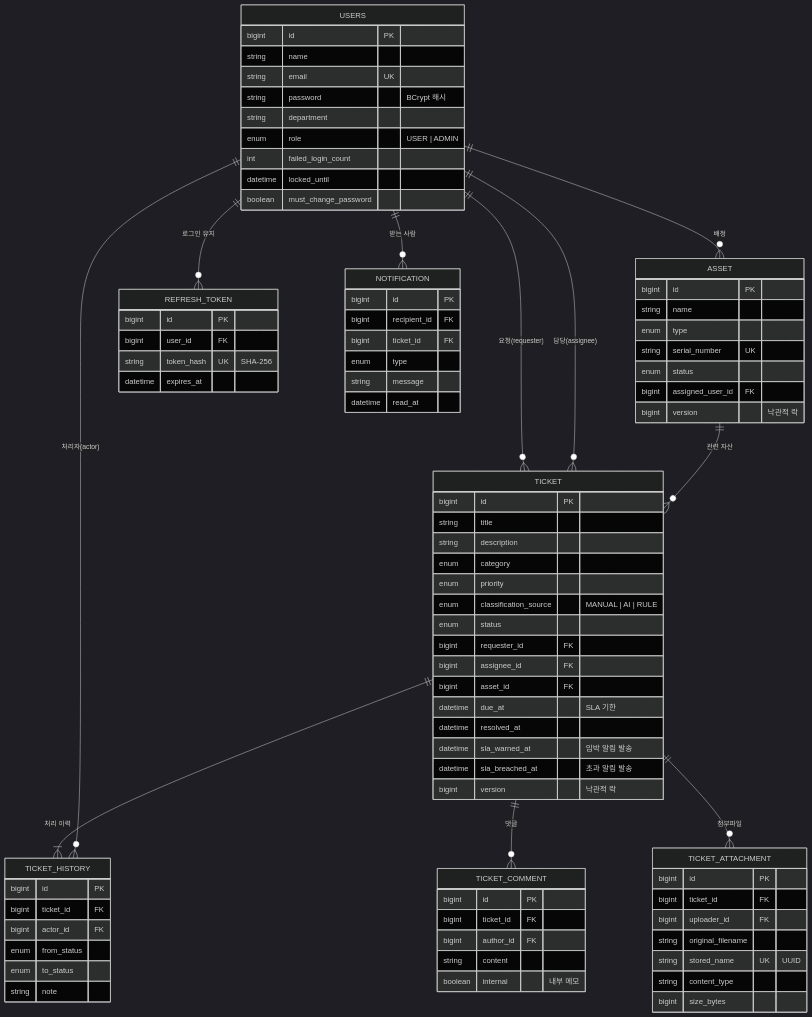
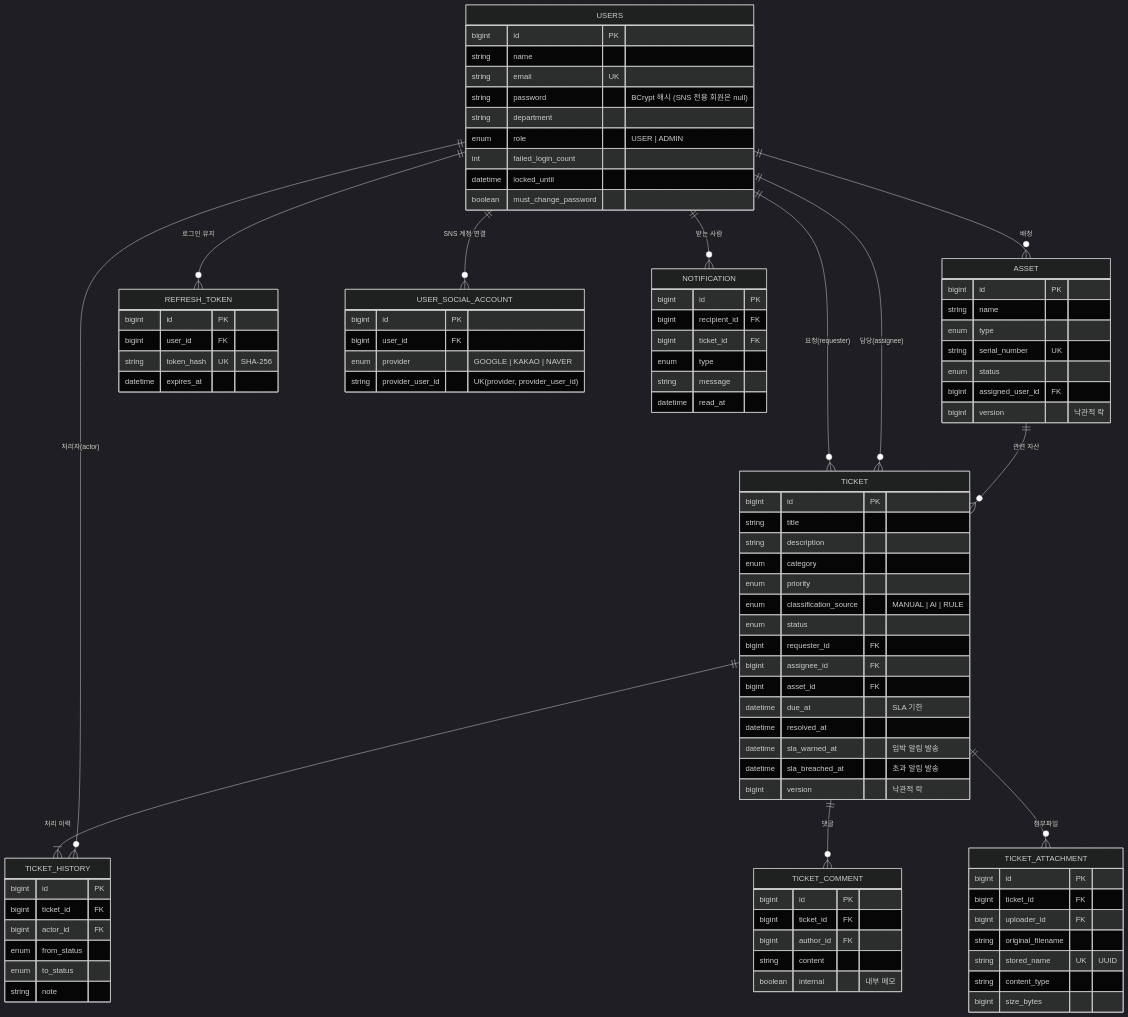
One commit to hiiiia/toy-pj-be changed the first of 2 diagrams in docs/architecture.md. Above: the diagram before and after it, drawn with Mermaid (dark theme). The commit also changed other lines of this file and 14 other files, not shown here.

First line of the commit message:
feat: Kakao·Naver 로그인 설정, SNS 전용 계정의 비밀번호 로그인·변경 처리, 테스트·문서

````diff
--- a/docs/architecture.md
+++ b/docs/architecture.md
@@ -3,73 +3,78 @@
 ```mermaid
 erDiagram
     USERS ||--o{ ASSET : "배정"
     USERS ||--o{ TICKET : "요청(requester)"
     USERS ||--o{ TICKET : "담당(assignee)"
     ASSET ||--o{ TICKET : "관련 자산"
     TICKET ||--|{ TICKET_HISTORY : "처리 이력"
     USERS ||--o{ TICKET_HISTORY : "처리자(actor)"
     USERS ||--o{ REFRESH_TOKEN : "로그인 유지"
+    USERS ||--o{ USER_SOCIAL_ACCOUNT : "SNS 계정 연결"
     TICKET ||--o{ TICKET_COMMENT : "댓글"
     TICKET ||--o{ TICKET_ATTACHMENT : "첨부파일"
     USERS ||--o{ NOTIFICATION : "받는 사람"
 
     USERS { bigint id PK
             string name
             string email UK
-            string password "BCrypt 해시"
+            string password "BCrypt 해시 (SNS 전용 회원은 null)"
             string department
             enum role "USER | ADMIN"
             int failed_login_count
             datetime locked_until
             boolean must_change_password }
     ASSET { bigint id PK
             string name
             enum type
             string serial_number UK
             enum status
             bigint assigned_user_id FK
             bigint version "낙관적 락" }
     TICKET { bigint id PK
              string title
              string description
              enum category
              enum priority
              enum classification_source "MANUAL | AI | RULE"
              enum status
              bigint requester_id FK
              bigint assignee_id FK
              bigint asset_id FK
              datetime due_at "SLA 기한"
              datetime resolved_at
              datetime sla_warned_at "임박 알림 발송"
              datetime sla_breached_at "초과 알림 발송"
              bigint version "낙관적 락" }
     TICKET_HISTORY { bigint id PK
                      bigint ticket_id FK
                      bigint actor_id FK
                      enum from_status
                      enum to_status
                      string note }
     REFRESH_TOKEN { bigint id PK
                     bigint user_id FK
                     string token_hash UK "SHA-256"
                     datetime expires_at }
+    USER_SOCIAL_ACCOUNT { bigint id PK
+                          bigint user_id FK
+                          enum provider "GOOGLE | KAKAO | NAVER"
+                          string provider_user_id "UK(provider, provider_user_id)" }
     TICKET_COMMENT { bigint id PK
                      bigint ticket_id FK
                      bigint author_id FK
                      string content
                      boolean internal "내부 메모" }
     TICKET_ATTACHMENT { bigint id PK
                         bigint ticket_id FK
                         bigint uploader_id FK
                         string original_filename
                         string stored_name UK "UUID"
                         string content_type
                         bigint size_bytes }
     NOTIFICATION { bigint id PK
                    bigint recipient_id FK
                    bigint ticket_id FK
                    enum type
                    string message
                    datetime read_at }
 ```
````
